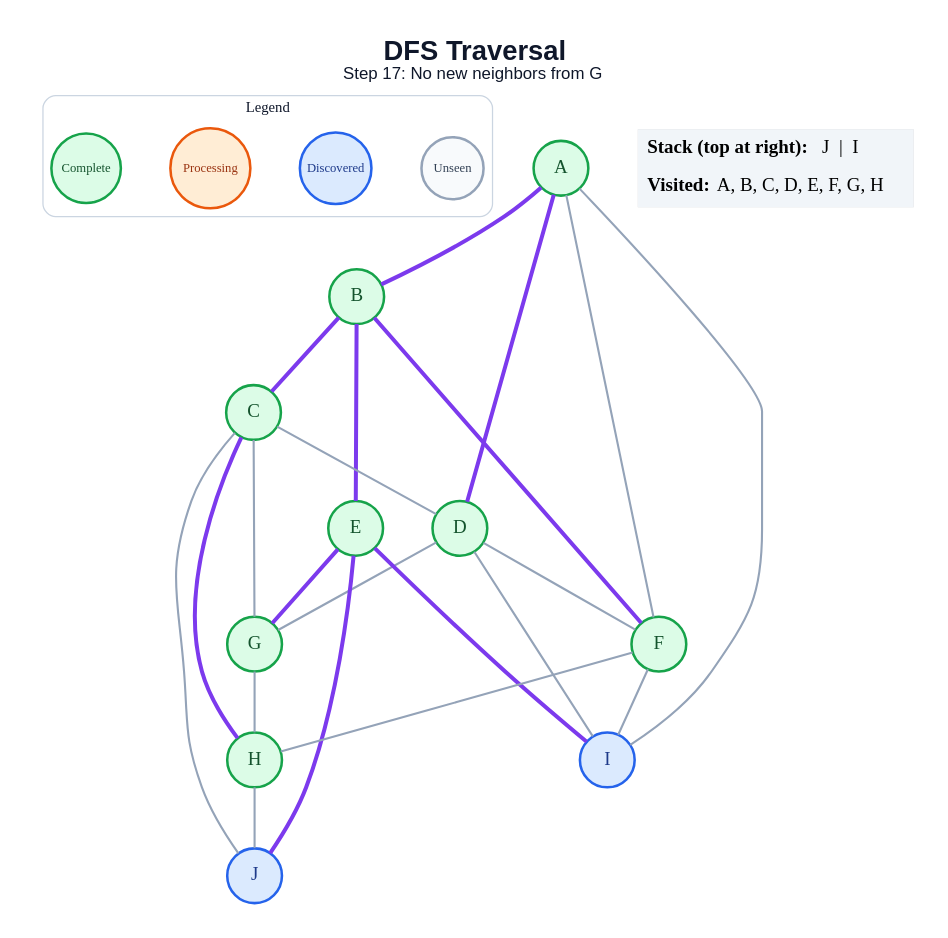
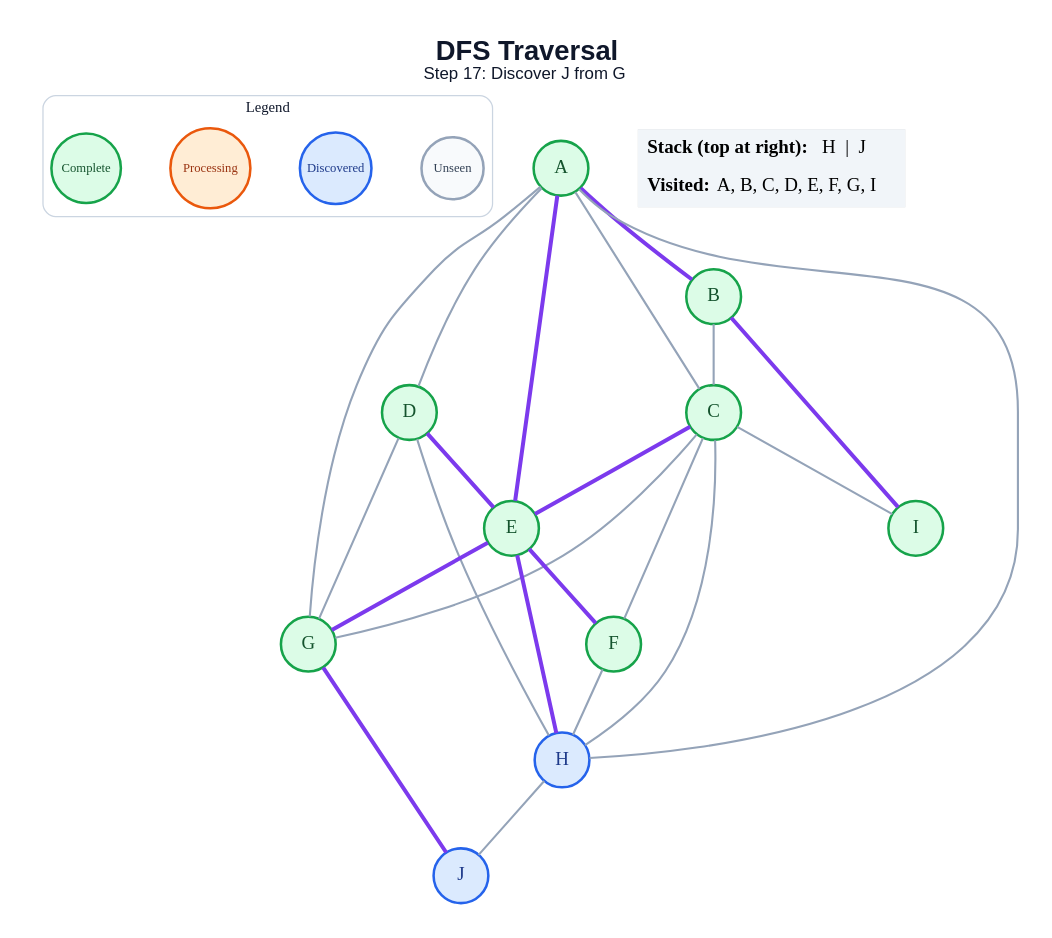
Before and after one commit to amanghodawala9/ai-slop: the diagram in generated/specific-node/dfs/step_17.dot, drawn with Graphviz. The commit also changed 178 other files, not shown here.

```diff
--- a/generated/specific-node/dfs/step_17.dot
+++ b/generated/specific-node/dfs/step_17.dot
@@ -1,50 +1,51 @@
 graph traversal {
   graph [layout=dot, rankdir=TB, bgcolor="#FFFFFF", pad="0.35", nodesep="0.65", ranksep="0.8", fontname="Arial"];
   node [shape=circle, style="filled", fontname="Arial Bold", fontsize=18, width=0.72, fixedsize=true, penwidth=2.4];
   edge [color="#94A3B8", penwidth=2.0];
-  label=<<B>DFS Traversal</B><BR/><FONT POINT-SIZE="16">Step 17: No new neighbors from G</FONT>>; labelloc="t"; fontsize=26; fontname="Arial"; fontcolor="#0F172A";
+  label=<<B>DFS Traversal</B><BR/><FONT POINT-SIZE="16">Step 17: Discover J from G</FONT>>; labelloc="t"; fontsize=26; fontname="Arial"; fontcolor="#0F172A";
   subgraph cluster_legend { label="Legend"; color="#CBD5E1"; penwidth=1.2; style="rounded"; fontsize=14; fontname="Arial Bold";
     key_unseen [label="Unseen", fillcolor="#F8FAFC", color="#94A3B8", fontcolor="#334155", fontsize=12, width=0.82];
     key_frontier [label="Discovered", fillcolor="#DBEAFE", color="#2563EB", fontcolor="#1E3A8A", fontsize=12, width=0.95];
     key_current [label="Processing", fillcolor="#FFEDD5", color="#EA580C", fontcolor="#9A3412", fontsize=12, width=1.05];
     key_done [label="Complete", fillcolor="#DCFCE7", color="#16A34A", fontcolor="#14532D", fontsize=12, width=0.92];
     { rank=same; key_unseen; key_frontier; key_current; key_done; }
   }
   A [fillcolor="#DCFCE7", color="#16A34A", fontcolor="#14532D"];
   B [fillcolor="#DCFCE7", color="#16A34A", fontcolor="#14532D"];
   C [fillcolor="#DCFCE7", color="#16A34A", fontcolor="#14532D"];
   D [fillcolor="#DCFCE7", color="#16A34A", fontcolor="#14532D"];
   E [fillcolor="#DCFCE7", color="#16A34A", fontcolor="#14532D"];
   F [fillcolor="#DCFCE7", color="#16A34A", fontcolor="#14532D"];
   G [fillcolor="#DCFCE7", color="#16A34A", fontcolor="#14532D"];
-  H [fillcolor="#DCFCE7", color="#16A34A", fontcolor="#14532D"];
-  I [fillcolor="#DBEAFE", color="#2563EB", fontcolor="#1E3A8A"];
+  H [fillcolor="#DBEAFE", color="#2563EB", fontcolor="#1E3A8A"];
+  I [fillcolor="#DCFCE7", color="#16A34A", fontcolor="#14532D"];
   J [fillcolor="#DBEAFE", color="#2563EB", fontcolor="#1E3A8A"];
   A -- B [color="#7C3AED", penwidth=3.8];
-  A -- D [color="#7C3AED", penwidth=3.8];
-  A -- F;
-  A -- I;
-  B -- C [color="#7C3AED", penwidth=3.8];
-  B -- E [color="#7C3AED", penwidth=3.8];
-  B -- F [color="#7C3AED", penwidth=3.8];
-  C -- D;
+  A -- C;
+  A -- D;
+  A -- E [color="#7C3AED", penwidth=3.8];
+  A -- G;
+  A -- H;
+  B -- C;
+  B -- I [color="#7C3AED", penwidth=3.8];
+  C -- E [color="#7C3AED", penwidth=3.8];
+  C -- F;
   C -- G;
-  C -- H [color="#7C3AED", penwidth=3.8];
-  C -- J;
-  D -- F;
+  C -- H;
+  C -- I;
+  D -- E [color="#7C3AED", penwidth=3.8];
   D -- G;
-  D -- I;
+  D -- H;
+  E -- F [color="#7C3AED", penwidth=3.8];
   E -- G [color="#7C3AED", penwidth=3.8];
-  E -- I [color="#7C3AED", penwidth=3.8];
-  E -- J [color="#7C3AED", penwidth=3.8];
+  E -- H [color="#7C3AED", penwidth=3.8];
   F -- H;
-  F -- I;
-  G -- H;
+  G -- J [color="#7C3AED", penwidth=3.8];
   H -- J;
   status [shape=plain, fixedsize=false, width=0, height=0, margin=0, label=<
     <TABLE BORDER="0" CELLBORDER="0" CELLPADDING="7" BGCOLOR="#F1F5F9">
-      <TR><TD ALIGN="LEFT"><B>Stack (top at right):</B> J  |  I</TD></TR>
-      <TR><TD ALIGN="LEFT"><B>Visited:</B> A, B, C, D, E, F, G, H</TD></TR>
+      <TR><TD ALIGN="LEFT"><B>Stack (top at right):</B> H  |  J</TD></TR>
+      <TR><TD ALIGN="LEFT"><B>Visited:</B> A, B, C, D, E, F, G, I</TD></TR>
     </TABLE>
   >];
 }
```
